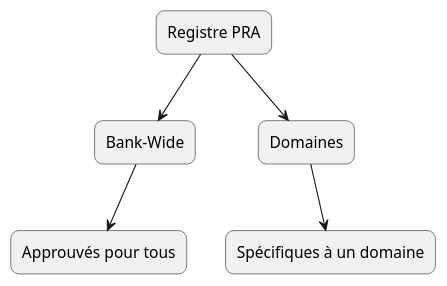
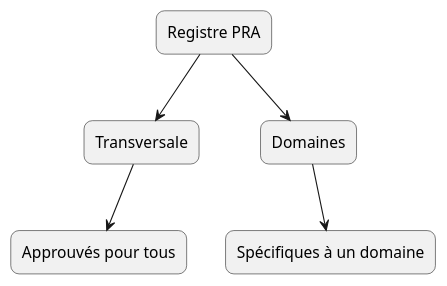
The first of 3 diagrams in content/guides/fr/getting-started.adoc (KiyaliHQ/proven-reusable-architecture), drawn with PlantUML before and after one commit. The commit also changed other lines of this file and 98 other files, not shown here.

```diff
--- a/content/guides/fr/getting-started.adoc
+++ b/content/guides/fr/getting-started.adoc
@@ -51,16 +51,16 @@
 [plantuml]
 ----
 @startuml
 top to bottom direction
 skinparam rectangleRoundCorner 15
 rectangle "Registre PRA" as A
-rectangle "Bank-Wide" as B
+rectangle "Transversale" as B
 rectangle "Domaines" as C
 rectangle "Approuvés pour tous" as B1
 rectangle "Spécifiques à un domaine" as C1
 A --> B
 A --> C
 B --> B1
 C --> C1
 @enduml
 ----
```
